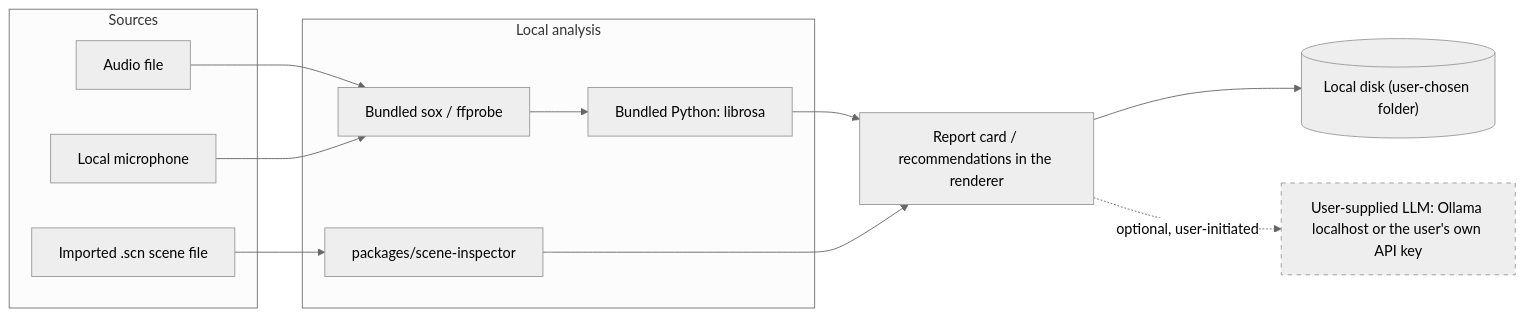
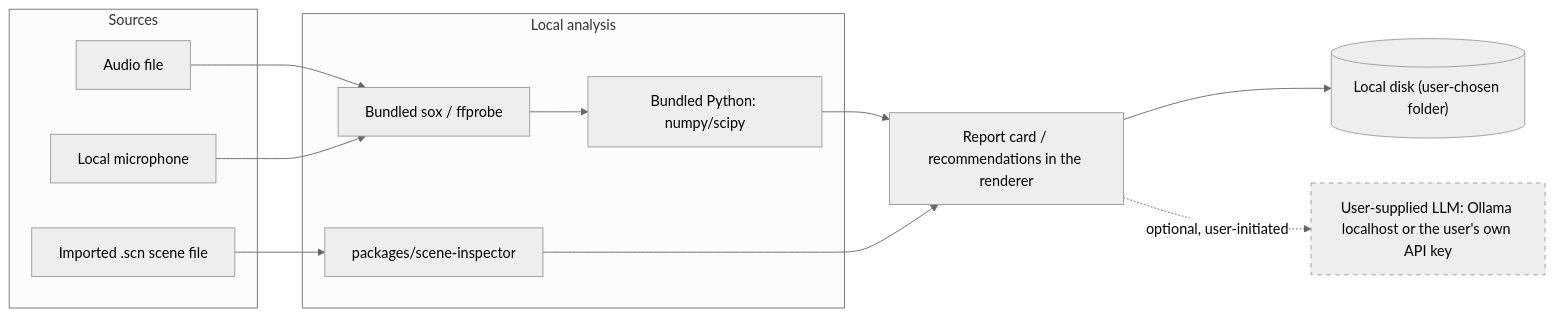
The first of 2 diagrams in docs/security/tier-1-tier-2-threat-model.md (on-par/sound-buddy), drawn with Mermaid (neutral theme) before and after one commit. The commit also changed 16 other files, not shown here.

First line of the commit message:
Bundle size: replace librosa with numpy/scipy in spectrum.py (#662) (#670)

````diff
--- a/docs/security/tier-1-tier-2-threat-model.md
+++ b/docs/security/tier-1-tier-2-threat-model.md
@@ -91,29 +91,29 @@
 ```mermaid
 flowchart LR
     subgraph Sources
         AF[Audio file]
         MIC[Local microphone]
         SCN[Imported .scn scene file]
     end
 
     subgraph Local analysis
         SOX["Bundled sox / ffprobe"]
-        PY["Bundled Python: librosa"]
+        PY["Bundled Python: numpy/scipy"]
         SI["packages/scene-inspector"]
     end
 
     RC["Report card / recommendations in the renderer"]
     DISK[("Local disk (user-chosen folder)")]
     LLM["User-supplied LLM: Ollama localhost or the user's own API key"]
 
     AF --> SOX
     MIC --> SOX
     SOX --> PY
     SCN --> SI
     PY --> RC
     SI --> RC
     RC --> DISK
     RC -. optional, user-initiated .-> LLM
 
     style LLM stroke-dasharray: 5 5
 ```
````
